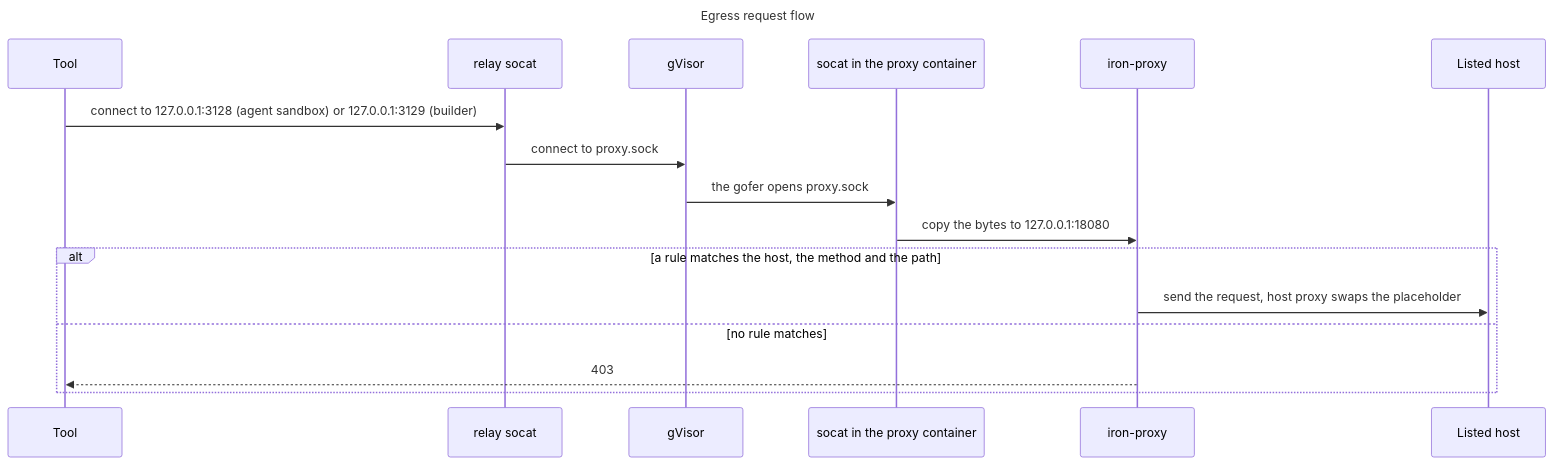
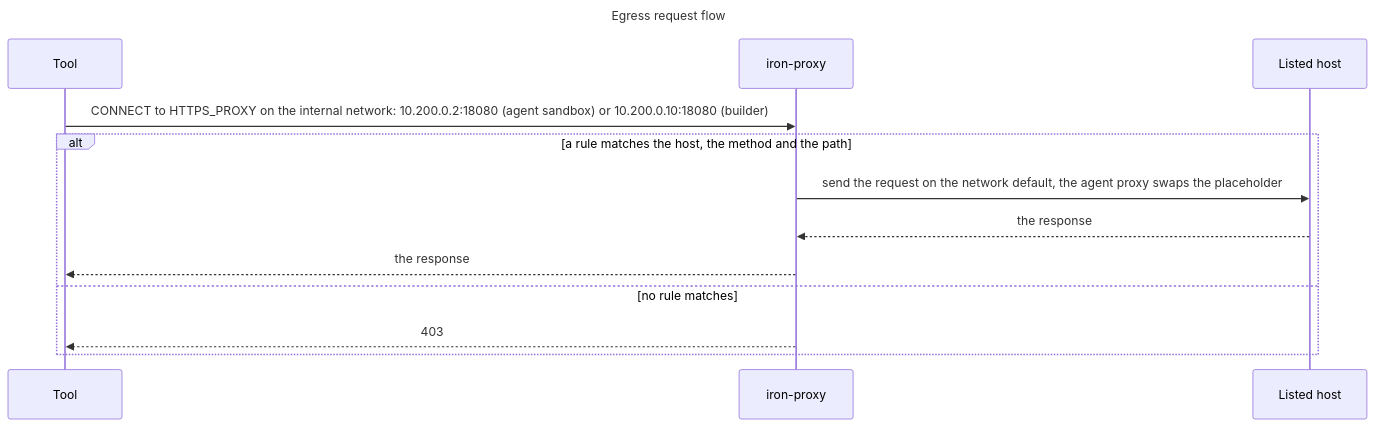
One commit to raghav19/engineersdaybook changed the third of 6 diagrams in .devcontainer/README.md. Above: the diagram before and after it, drawn with Mermaid. The commit also changed other lines of this file and 13 other files, not shown here.

First line of the commit message:
docs: sandbox README and diagrams for the Docker Compose design

````diff
--- a/.devcontainer/README.md
+++ b/.devcontainer/README.md
@@ -178,21 +196,17 @@
 ```mermaid
 ---
 title: Egress request flow
 ---
 sequenceDiagram
     participant Tool
-    participant Relay as relay socat
-    participant gVisor
-    participant Socat as socat in the proxy container
     participant Proxy as iron-proxy
     participant Host as Listed host
-    Tool->>Relay: connect to 127.0.0.1:3128 (agent sandbox) or 127.0.0.1:3129 (builder)
-    Relay->>gVisor: connect to proxy.sock
-    gVisor->>Socat: the gofer opens proxy.sock
-    Socat->>Proxy: copy the bytes to 127.0.0.1:18080
+    Tool->>Proxy: CONNECT to HTTPS_PROXY on the internal network: 10.200.0.2:18080 (agent sandbox) or 10.200.0.10:18080 (builder)
     alt a rule matches the host, the method and the path
-        Proxy->>Host: send the request, host proxy swaps the placeholder
+        Proxy->>Host: send the request on the network default, the agent proxy swaps the placeholder
+        Host-->>Proxy: the response
+        Proxy-->>Tool: the response
     else no rule matches
         Proxy-->>Tool: 403
     end
 ```
````
